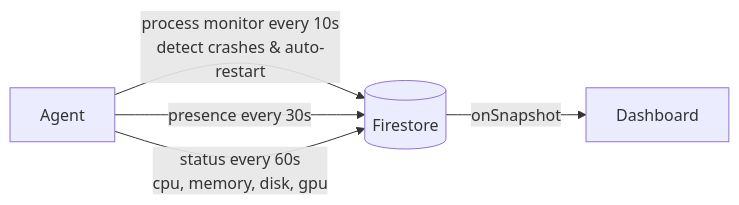
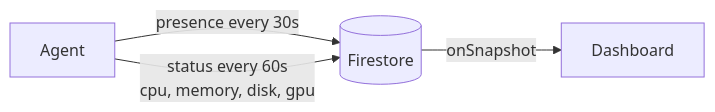
One commit to theexperiential/owlette changed the second of 7 diagrams in docs/architecture.md. Above: the diagram before and after it, drawn with Mermaid.

Commit message:
docs: revert 10s process monitor from data flow diagram — local to agent only

````diff
--- a/docs/architecture.md
+++ b/docs/architecture.md
@@ -72,11 +72,10 @@
 ```mermaid
 flowchart LR
     Agent["Agent"]
     FS[("Firestore")]
     Dashboard["Dashboard"]
 
-    Agent -->|"process monitor every 10s\ndetect crashes & auto-restart"| FS
     Agent -->|"presence every 30s"| FS
     Agent -->|"status every 60s\ncpu, memory, disk, gpu"| FS
     FS -->|"onSnapshot"| Dashboard
 ```
````
